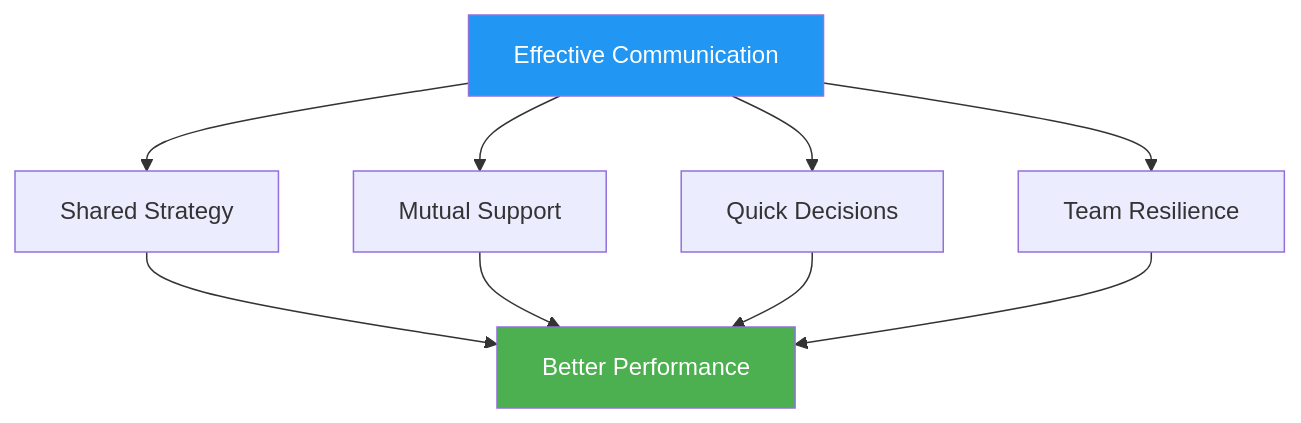
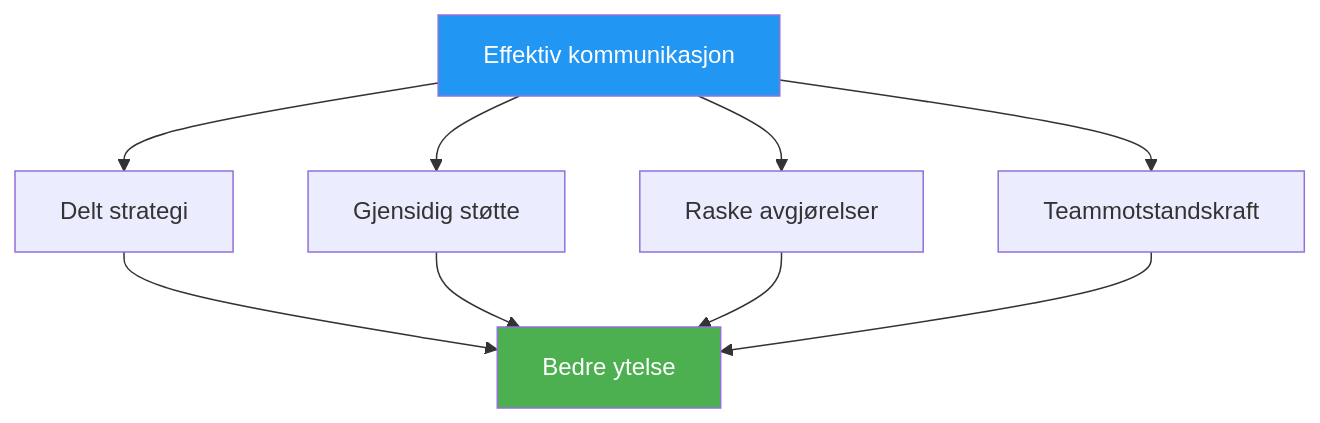
Before and after one commit to patwii/petanque-academy: the diagram in docs/no/articles/team-communication.md, drawn with Mermaid. The commit also changed other lines of this file and 550 other files, not shown here.

````diff
--- a/docs/no/articles/team-communication.md
+++ b/docs/no/articles/team-communication.md
@@ -18,15 +18,15 @@
 ```mermaid
 flowchart TD
-    A[Effective Communication] --> B[Shared Strategy]
-    A --> C[Mutual Support]
-    A --> D[Quick Decisions]
-    A --> E[Team Resilience]
+    A[Effektiv kommunikasjon] --> B[Delt strategi]
+    A --> C[Gjensidig støtte]
+    A --> D[Raske avgjørelser]
+    A --> E[Teammotstandskraft]
 
-    B --> F[Better Performance]
+    B --> F[Bedre ytelse]
     C --> F
     D --> F
     E --> F
 
     style A fill:#2196F3,color:#fff
     style F fill:#4CAF50,color:#fff
 ```
````
